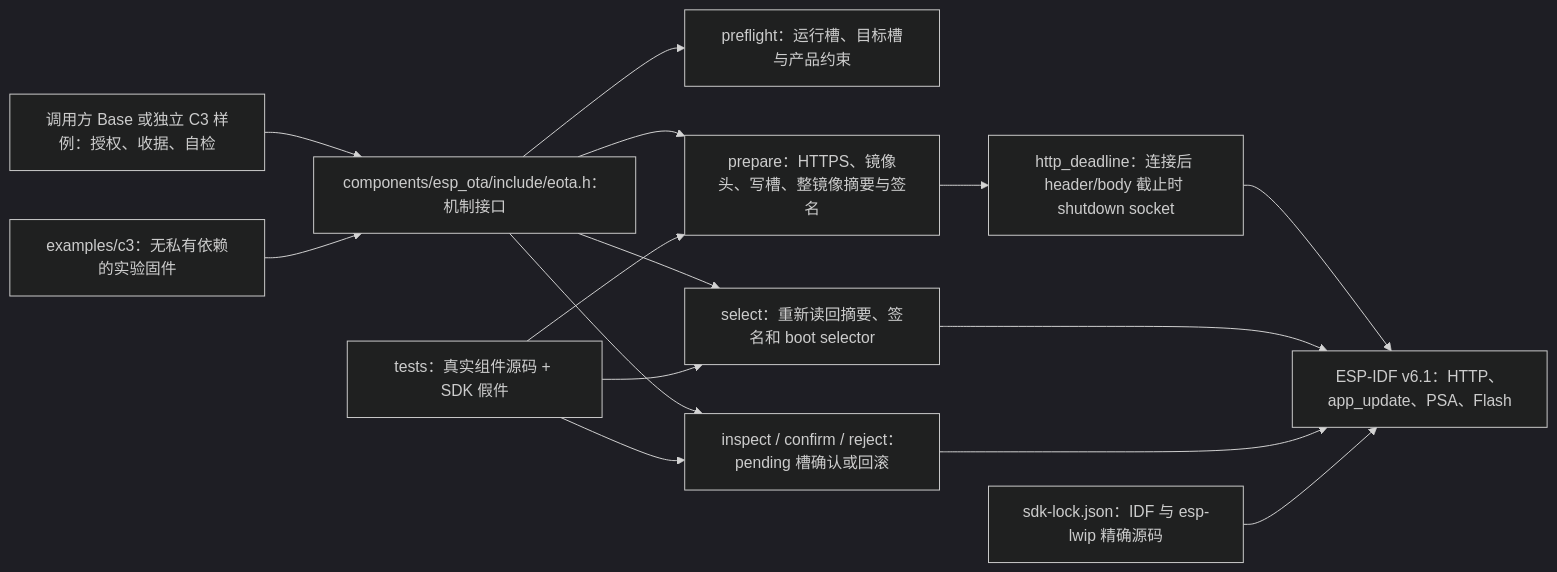
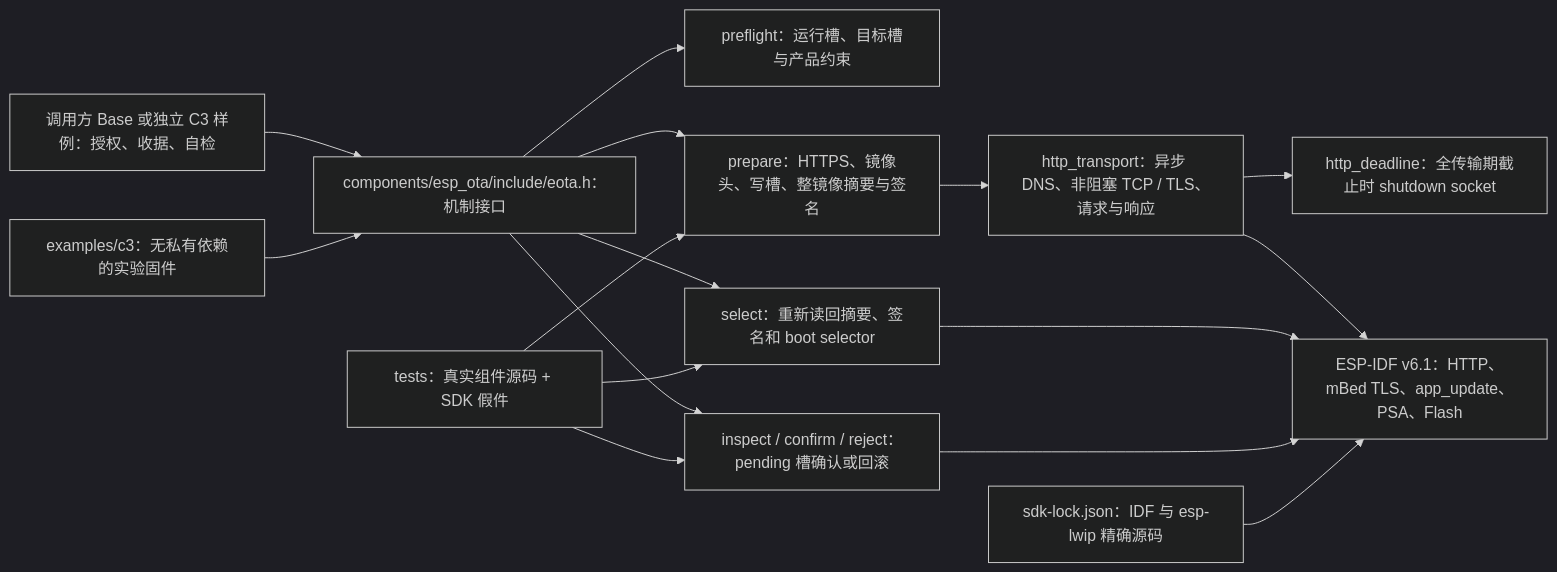
The diagram in README.md (darren-you/esp-ota), drawn with Mermaid (dark theme) before and after one commit. The commit also changed other lines of this file and 24 other files, not shown here.

````diff
--- a/README.md
+++ b/README.md
@@ -7,17 +7,18 @@
 ```mermaid
 flowchart LR
     app["调用方 Base 或独立 C3 样例：授权、收据、自检"] --> api["components/esp_ota/include/eota.h：机制接口"]
     api --> preflight["preflight：运行槽、目标槽与产品约束"]
     api --> prepare["prepare：HTTPS、镜像头、写槽、整镜像摘要与签名"]
     api --> select["select：重新读回摘要、签名和 boot selector"]
     api --> confirm["inspect / confirm / reject：pending 槽确认或回滚"]
-    prepare --> deadline["http_deadline：连接后 header/body 截止时 shutdown socket"]
-    deadline --> sdk["ESP-IDF v6.1：HTTP、app_update、PSA、Flash"]
+    prepare --> transport["http_transport：异步 DNS、非阻塞 TCP / TLS、请求与响应"]
+    transport --> deadline["http_deadline：全传输期截止时 shutdown socket"]
+    transport --> sdk["ESP-IDF v6.1：HTTP、mBed TLS、app_update、PSA、Flash"]
     select --> sdk
     confirm --> sdk
     lock["sdk-lock.json：IDF 与 esp-lwip 精确源码"] --> sdk
     host["tests：真实组件源码 + SDK 假件"] --> prepare
     host --> select
     host --> confirm
     sample["examples/c3：无私有依赖的实验固件"] --> api
 ```
````
